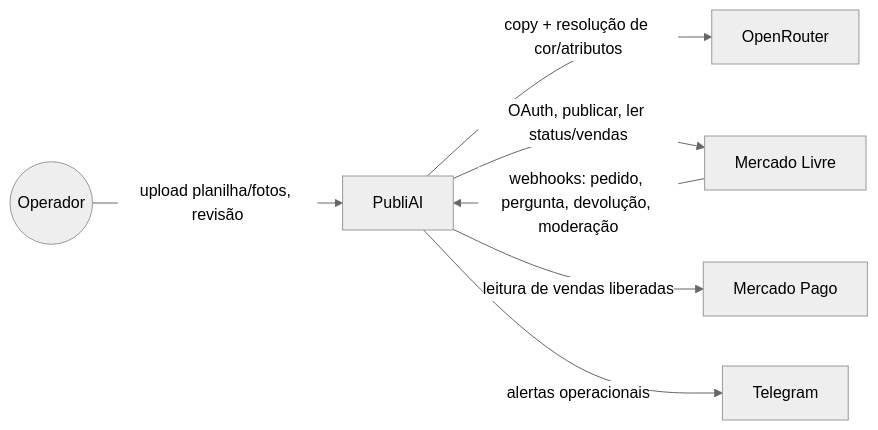
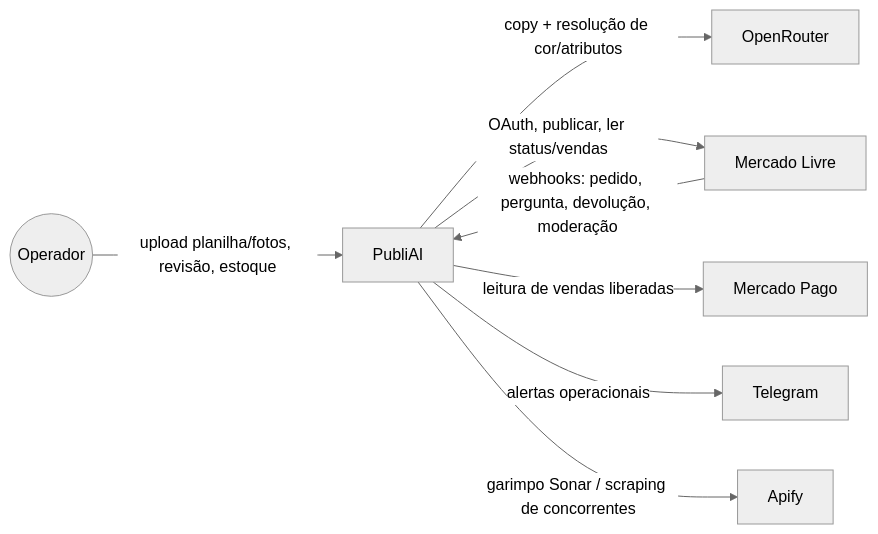
Before and after one commit to analistasistemas-bit/gtinmktplace: the first of 2 diagrams in obsidian-vault/00-Home/Visão Geral.md, drawn with Mermaid (neutral theme). The commit also changed other lines of this file and 58 other files, not shown here.

First line of the commit message:
docs: varredura geral e atualizacao do graphify, obsidian vault e archify

````diff
--- a/obsidian-vault/00-Home/Visão Geral.md
+++ b/obsidian-vault/00-Home/Visão Geral.md
@@ -17,16 +17,18 @@
 ```mermaid
 flowchart LR
     Operador((Operador))
     PubliAI[PubliAI]
     ML[Mercado Livre]
     MP[Mercado Pago]
     OR[OpenRouter]
     TG[Telegram]
+    AP[Apify]
 
-    Operador -->|upload planilha/fotos, revisão| PubliAI
+    Operador -->|upload planilha/fotos, revisão, estoque| PubliAI
     PubliAI -->|copy + resolução de cor/atributos| OR
     PubliAI -->|OAuth, publicar, ler status/vendas| ML
     ML -->|webhooks: pedido, pergunta, devolução, moderação| PubliAI
     PubliAI -->|leitura de vendas liberadas| MP
     PubliAI -->|alertas operacionais| TG
+    PubliAI -->|garimpo Sonar / scraping de concorrentes| AP
 ```
````
